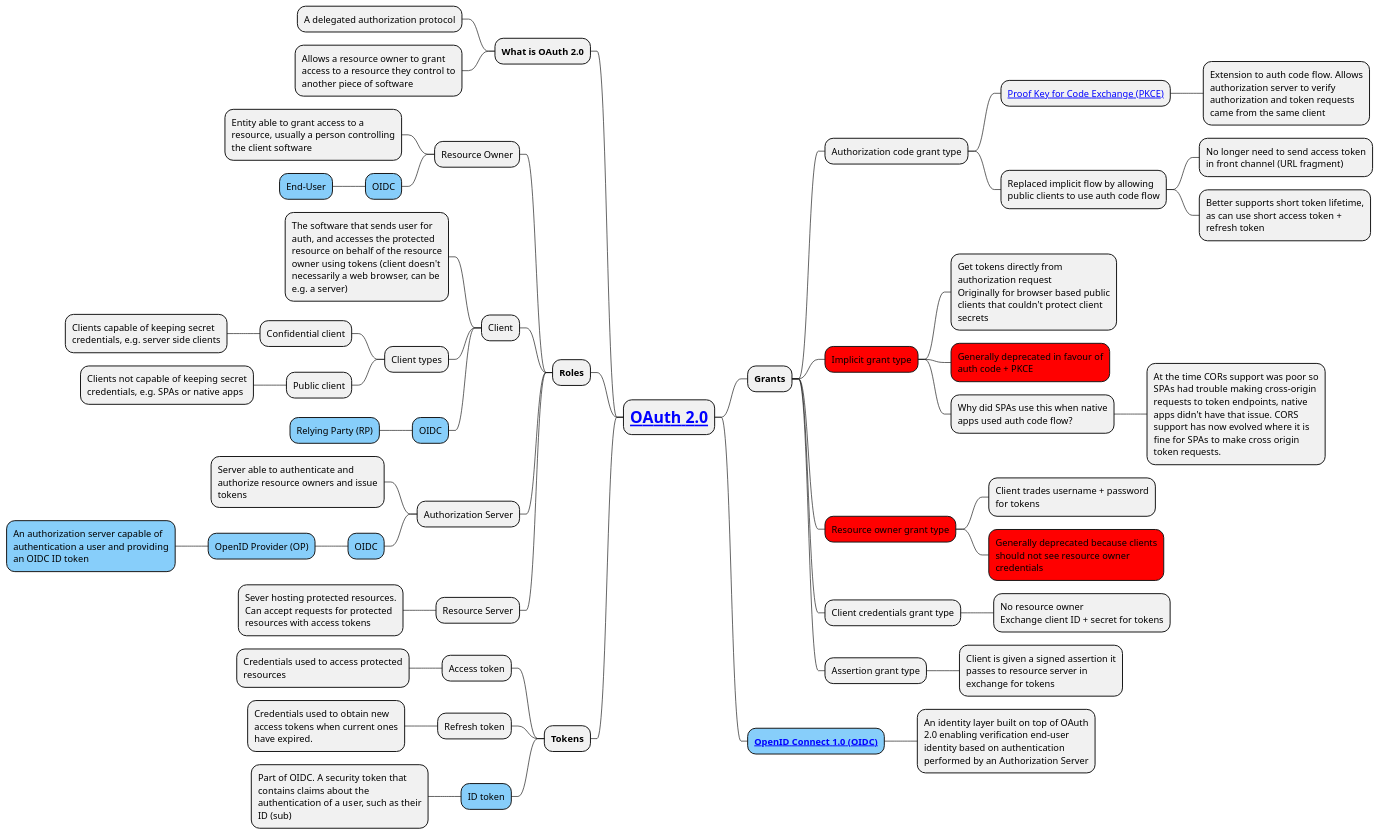
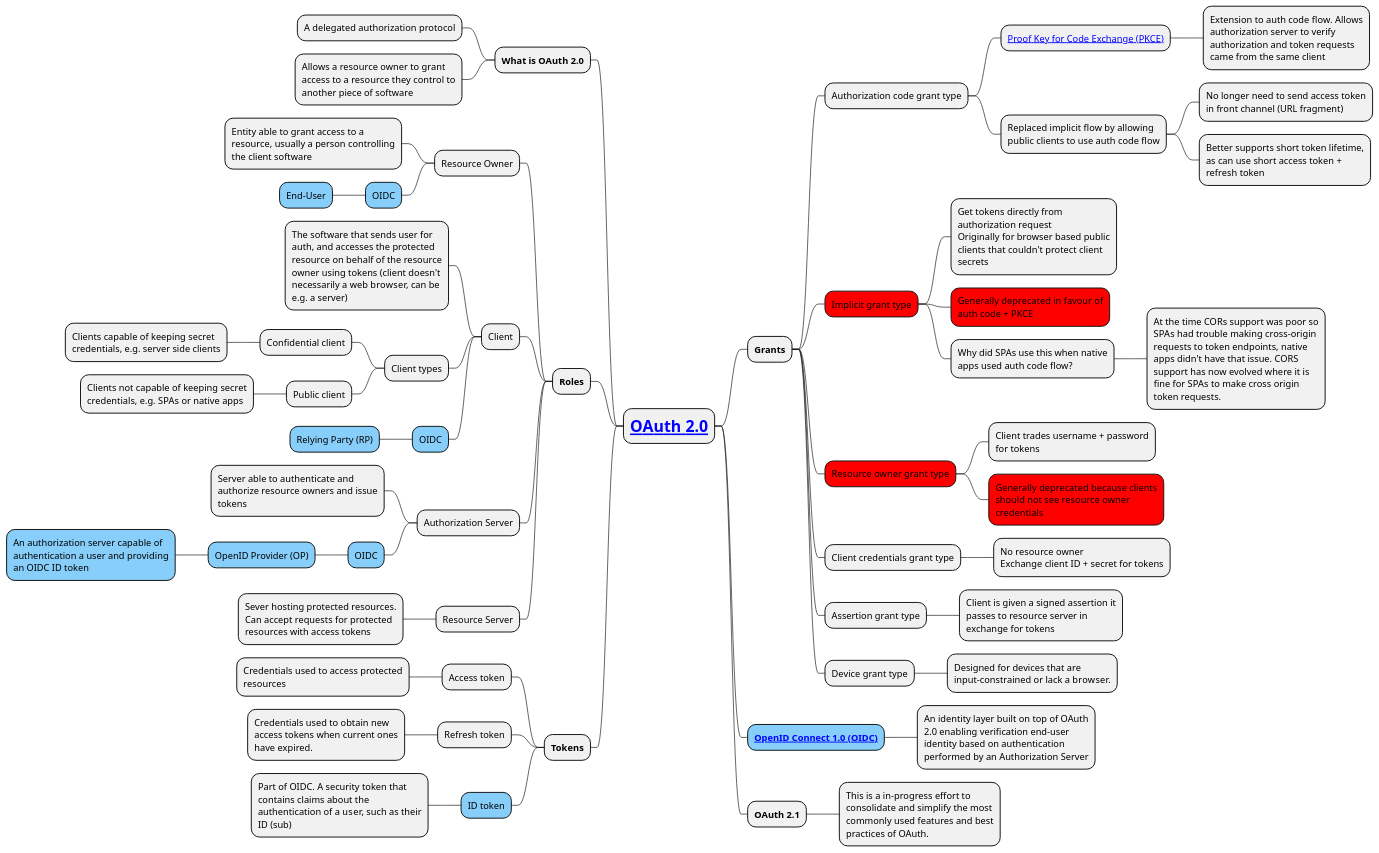
One commit to hwride/auth changed the diagram in oauth/oauth.puml. Above: the diagram before and after it, drawn with PlantUML.

Commit message:
A couple of extra OAuth notes

```diff
--- a/oauth/oauth.puml
+++ b/oauth/oauth.puml
@@ -1,70 +1,74 @@
 @startmindmap
 
 <style>
 node {
     MaximumWidth 250
 }
 </style>
 
 * <size:24><b>[[https://datatracker.ietf.org/doc/html/rfc6749 OAuth 2.0]]</b></size>
 ** <b>Grants</b>
 *** Authorization code grant type
 **** [[https://datatracker.ietf.org/doc/html/rfc7636 Proof Key for Code Exchange (PKCE)]]
 ***** Extension to auth code flow. Allows authorization server to verify authorization and token requests came from the same client
 **** Replaced implicit flow by allowing public clients to use auth code flow
 ***** No longer need to send access token in front channel (URL fragment)
 ***** Better supports short token lifetime, as can use short access token + refresh token
 ***[#red] Implicit grant type
 ****:Get tokens directly from authorization request
 Originally for browser based public clients that couldn't protect client secrets;
 ****[#red] Generally deprecated in favour of auth code + PKCE
 **** Why did SPAs use this when native apps used auth code flow?
 ***** At the time CORs support was poor so SPAs had trouble making cross-origin requests to token endpoints, native apps didn't have that issue. CORS support has now evolved where it is fine for SPAs to make cross origin token requests.
-
 ***[#red] Resource owner grant type
 **** Client trades username + password for tokens
 ****[#red] Generally deprecated because clients should not see resource owner credentials
 *** Client credentials grant type
 **** No resource owner\nExchange client ID + secret for tokens
 *** Assertion grant type
 **** Client is given a signed assertion it passes to resource server in exchange for tokens
+*** Device grant type
+**** Designed for devices that are input-constrained or lack a browser.
 
 **[#LightSkyBlue] <b>[[https://openid.net/specs/openid-connect-core-1_0-final.html OpenID Connect 1.0 (OIDC)]]</b>
 *** An identity layer built on top of OAuth 2.0 enabling verification end-user identity based on authentication performed by an Authorization Server
+
+** <b>OAuth 2.1</b>
+*** This is a in-progress effort to consolidate and simplify the most commonly used features and best practices of OAuth.
 
 left side
 
 ** <b>What is OAuth 2.0</b>
 *** A delegated authorization protocol
 *** Allows a resource owner to grant access to a resource they control to another piece of software
 
 ** <b>Roles</b>
 *** Resource Owner
 **** Entity able to grant access to a resource, usually a person controlling the client software
 ****[#LightSkyBlue] OIDC
 *****[#LightSkyBlue] End-User
 *** Client
 **** The software that sends user for auth, and accesses the protected resource on behalf of the resource owner using tokens (client doesn't necessarily a web browser, can be e.g. a server)
 **** Client types
 ***** Confidential client
 ****** Clients capable of keeping secret credentials, e.g. server side clients
 ***** Public client
 ****** Clients not capable of keeping secret credentials, e.g. SPAs or native apps
 ****[#LightSkyBlue] OIDC
 *****[#LightSkyBlue] Relying Party (RP)
 *** Authorization Server
 **** Server able to authenticate and authorize resource owners and issue tokens
 ****[#LightSkyBlue] OIDC
 *****[#LightSkyBlue] OpenID Provider (OP)
 ******[#LightSkyBlue] An authorization server capable of authentication a user and providing an OIDC ID token
 *** Resource Server
 **** Sever hosting protected resources. Can accept requests for protected resources with access tokens
 
 ** <b>Tokens</b>
 *** Access token
 **** Credentials used to access protected resources
 *** Refresh token
 **** Credentials used to obtain new access tokens when current ones have expired.
 ***[#LightSkyBlue] ID token
 **** Part of OIDC. A security token that contains claims about the authentication of a user, such as their ID (sub)
 @endmindmap
```
